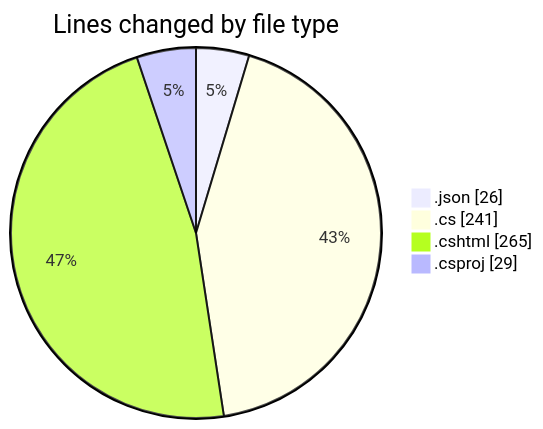
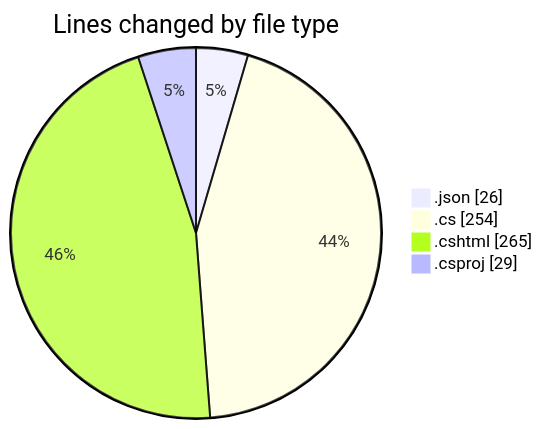
One commit to lephambinh05/code-tracking changed the first of 2 diagrams in 2025-07-19/nhahang/README.md. Above: the diagram before and after it, drawn with Mermaid. The commit also changed other lines of this file and 1 other file, not shown here.

````diff
--- a/2025-07-19/nhahang/README.md
+++ b/2025-07-19/nhahang/README.md
@@ -30,8 +31,8 @@
 ```mermaid
 pie showData
 title Lines changed by file type
 ".json" : 26
-".cs" : 241
+".cs" : 254
 ".cshtml" : 265
 ".csproj" : 29
 ```
````
